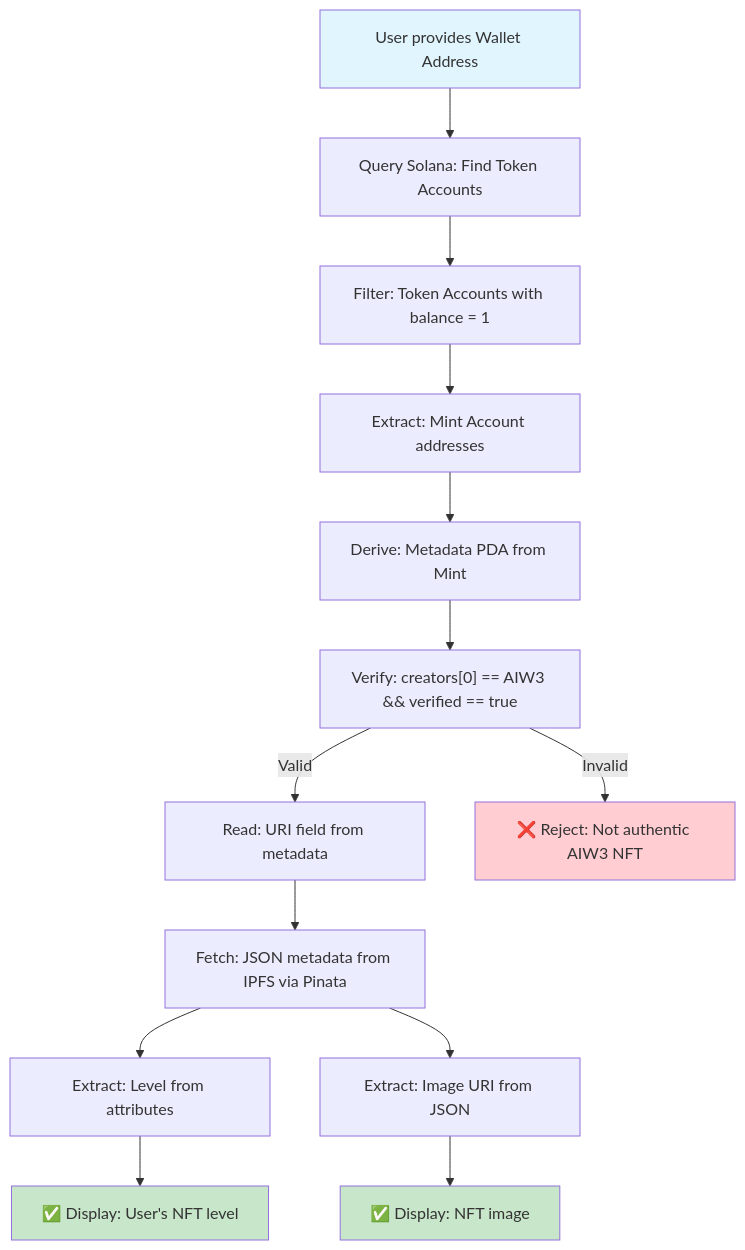
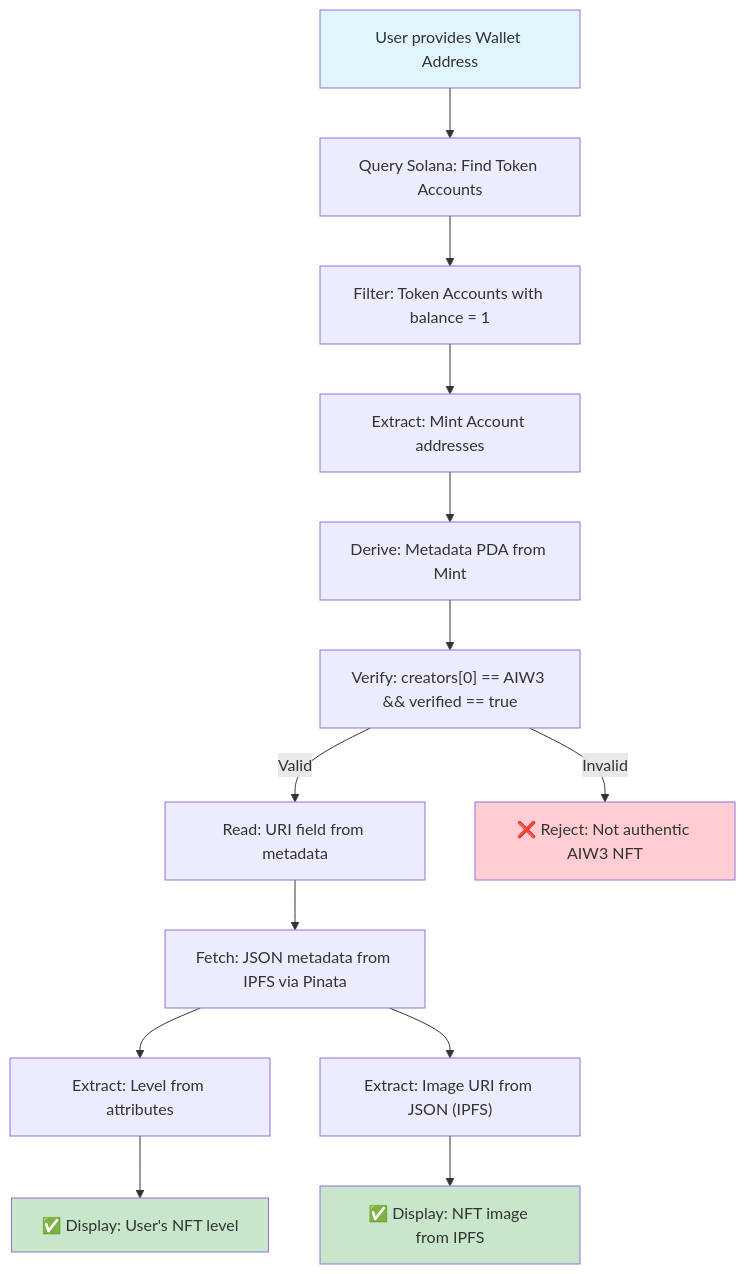
The second of 5 diagrams in docs/AIW3-NFT-System-Design.md (ljg-cqu/aiw3-nft-solana), drawn with Mermaid before and after one commit. The commit also changed other lines of this file and 1 other file, not shown here.

Commit message:
docs: update NFT system to clarify image source-to-IPFS distribution flow

````diff
--- a/docs/AIW3-NFT-System-Design.md
+++ b/docs/AIW3-NFT-System-Design.md
@@ -176,20 +223,20 @@
 ```mermaid
 flowchart TD
     A["User provides Wallet Address"] --> B["Query Solana: Find Token Accounts"]
     B --> C["Filter: Token Accounts with balance = 1"]
     C --> D["Extract: Mint Account addresses"]
     D --> E["Derive: Metadata PDA from Mint"]
     E --> F["Verify: creators[0] == AIW3 && verified == true"]
     F --> |Valid| G["Read: URI field from metadata"]
     F --> |Invalid| H["❌ Reject: Not authentic AIW3 NFT"]
     G --> I["Fetch: JSON metadata from IPFS via Pinata"]
     I --> J["Extract: Level from attributes"]
-    I --> K["Extract: Image URI from JSON"]
+    I --> K["Extract: Image URI from JSON (IPFS)"]
     J --> L["✅ Display: User's NFT level"]
-    K --> M["✅ Display: NFT image"]
+    K --> M["✅ Display: NFT image from IPFS"]
 
     style A fill:#e1f5fe
     style L fill:#c8e6c9
     style M fill:#c8e6c9
     style H fill:#ffcdd2
 ```
````
